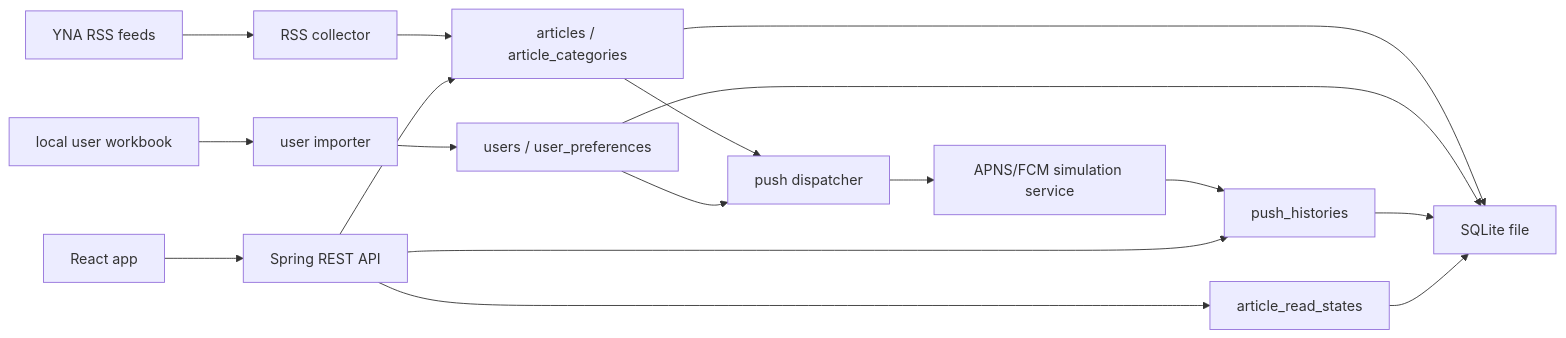
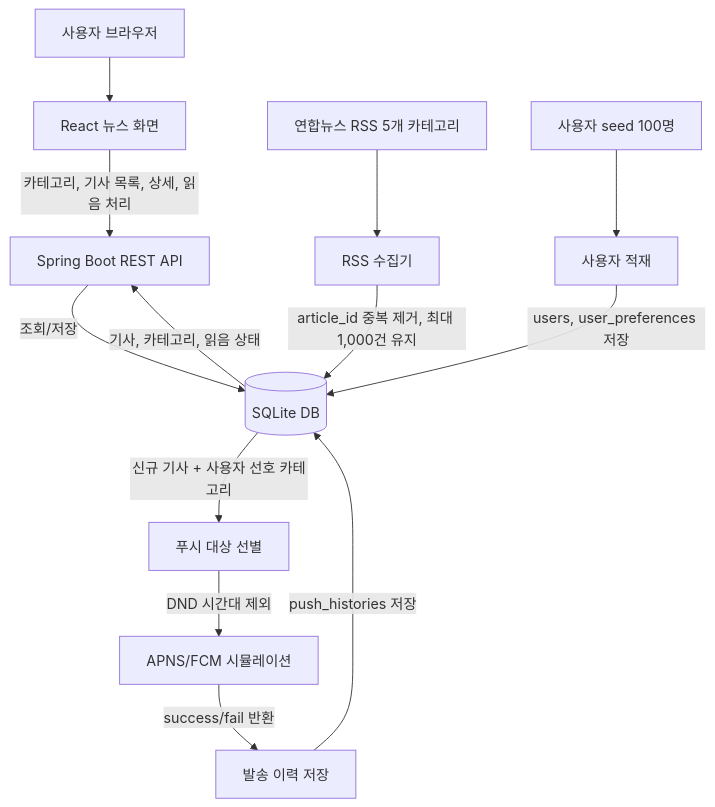
Before and after one commit to JHyun0302/news-pulse: the diagram in new-pulse-docs/02-architecture.md, drawn with Mermaid. The commit also changed other lines of this file and 1 other file, not shown here.

Commit message:
docs: 시스템 흐름과 ERD 문서 보강

````diff
--- a/new-pulse-docs/02-architecture.md
+++ b/new-pulse-docs/02-architecture.md
@@ -18,19 +18,18 @@
 ```mermaid
-flowchart LR
-  RSS["YNA RSS feeds"] --> Collector["RSS collector"]
-  Collector --> Articles["articles / article_categories"]
-  Excel["local user workbook"] --> Importer["user importer"]
-  Importer --> Users["users / user_preferences"]
-  Articles --> Dispatcher["push dispatcher"]
-  Users --> Dispatcher
-  Dispatcher --> Push["APNS/FCM simulation service"]
-  Push --> History["push_histories"]
-  Browser["React app"] --> API["Spring REST API"]
-  API --> Articles
-  API --> ReadState["article_read_states"]
-  API --> History
-  Articles --> SQLite["SQLite file"]
-  Users --> SQLite
-  History --> SQLite
-  ReadState --> SQLite
+flowchart TD
+  Browser["사용자 브라우저"] --> React["React 뉴스 화면"]
+  React -->|"카테고리, 기사 목록, 상세, 읽음 처리"| API["Spring Boot REST API"]
+  API -->|"조회/저장"| DB[("SQLite DB")]
+  DB -->|"기사, 카테고리, 읽음 상태"| API
+
+  RSS["연합뉴스 RSS 5개 카테고리"] --> Collector["RSS 수집기"]
+  Collector -->|"article_id 중복 제거, 최대 1,000건 유지"| DB
+
+  Seed["사용자 seed 100명"] --> Importer["사용자 적재"]
+  Importer -->|"users, user_preferences 저장"| DB
+
+  DB -->|"신규 기사 + 사용자 선호 카테고리"| Selector["푸시 대상 선별"]
+  Selector -->|"DND 시간대 제외"| Push["APNS/FCM 시뮬레이션"]
+  Push -->|"success/fail 반환"| History["발송 이력 저장"]
+  History -->|"push_histories 저장"| DB
 ```
````
